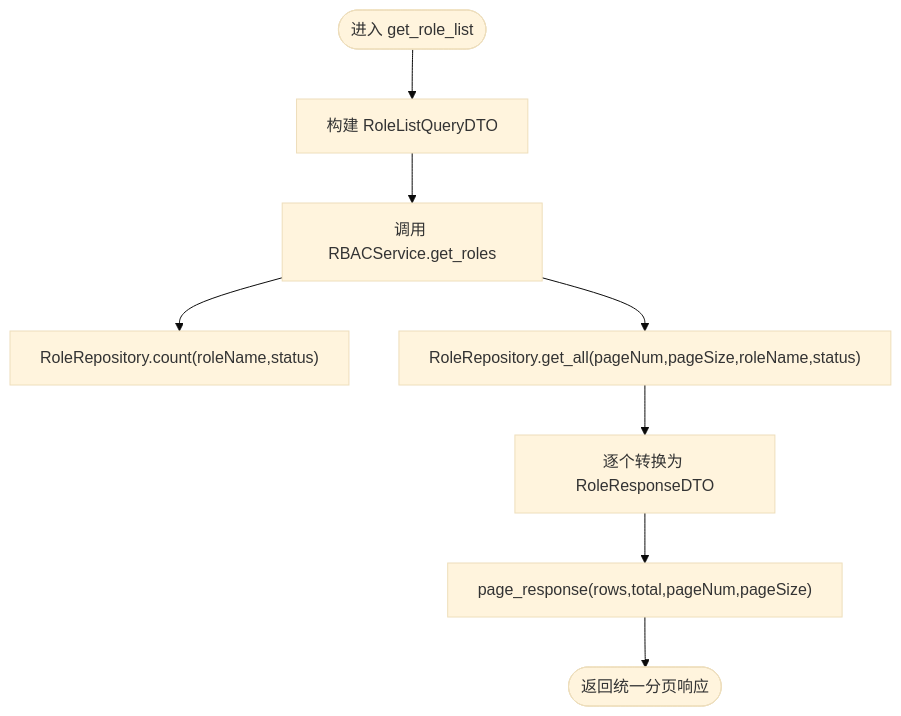
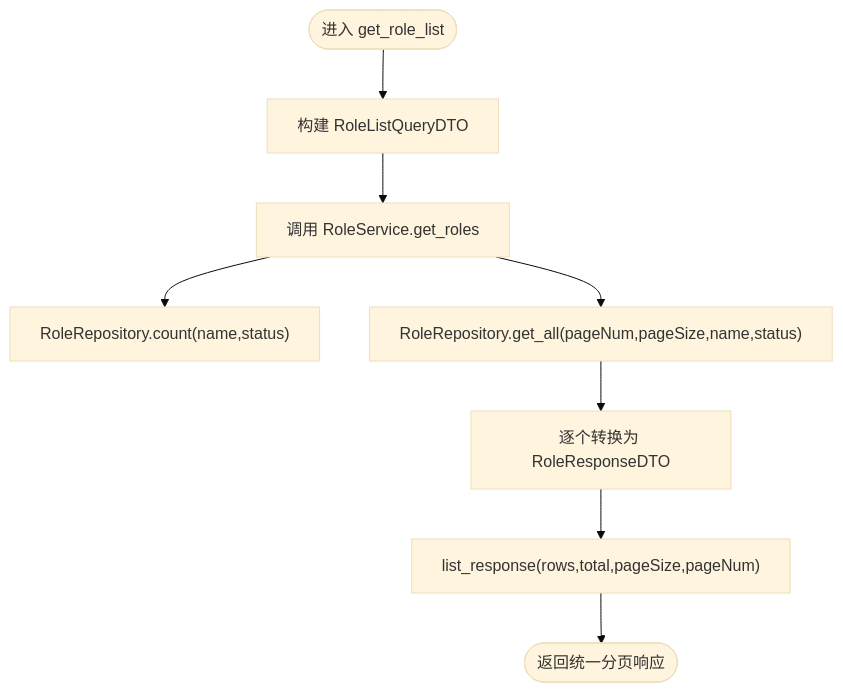
Before and after one commit to taoweidong/Hello-FastApi: the fifth of 6 diagrams in .qoder/repowiki/zh/content/项目概述/核心特性/RBAC 权限控制/角色管理.md, drawn with Mermaid (base theme). The commit also changed other lines of this file and 9 other files, not shown here.

````diff
--- a/.qoder/repowiki/zh/content/项目概述/核心特性/RBAC 权限控制/角色管理.md
+++ b/.qoder/repowiki/zh/content/项目概述/核心特性/RBAC 权限控制/角色管理.md
@@ -285,10 +348,10 @@
 ```mermaid
 flowchart TD
 Start(["进入 get_role_list"]) --> Build["构建 RoleListQueryDTO"]
-Build --> CallSvc["调用 RBACService.get_roles"]
-CallSvc --> Count["RoleRepository.count(roleName,status)"]
-CallSvc --> GetList["RoleRepository.get_all(pageNum,pageSize,roleName,status)"]
+Build --> CallSvc["调用 RoleService.get_roles"]
+CallSvc --> Count["RoleRepository.count(name,status)"]
+CallSvc --> GetList["RoleRepository.get_all(pageNum,pageSize,name,status)"]
 GetList --> Convert["逐个转换为 RoleResponseDTO"]
-Convert --> PageResp["page_response(rows,total,pageNum,pageSize)"]
-PageResp --> End(["返回统一分页响应"])
+Convert --> ListResp["list_response(rows,total,pageSize,pageNum)"]
+ListResp --> End(["返回统一分页响应"])
 ```
````
